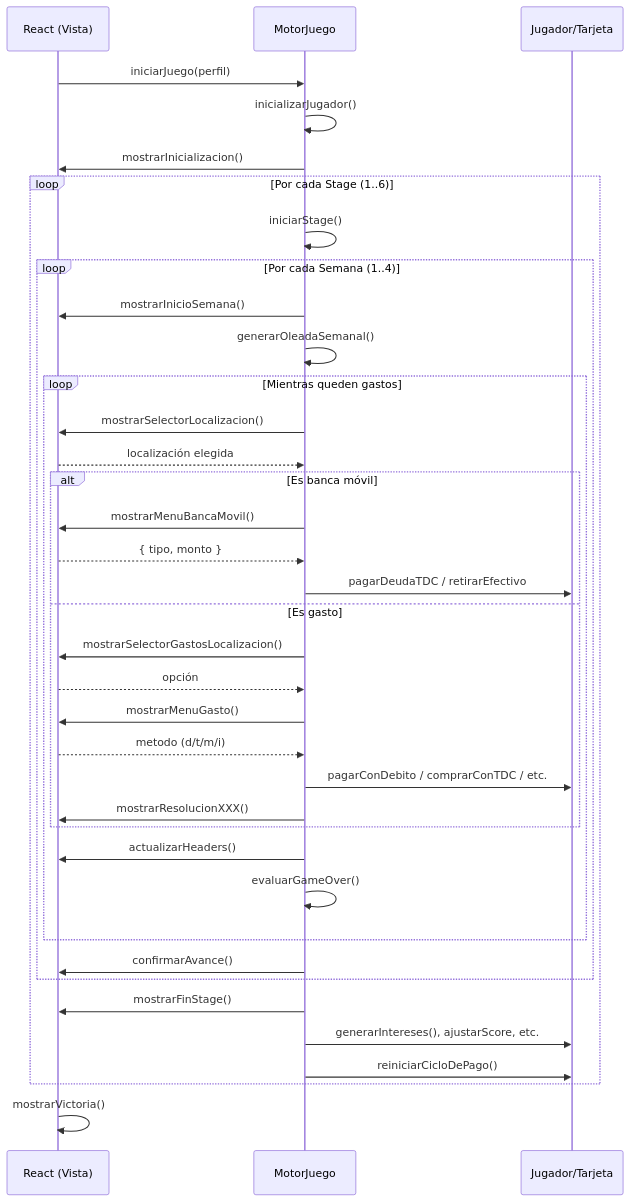
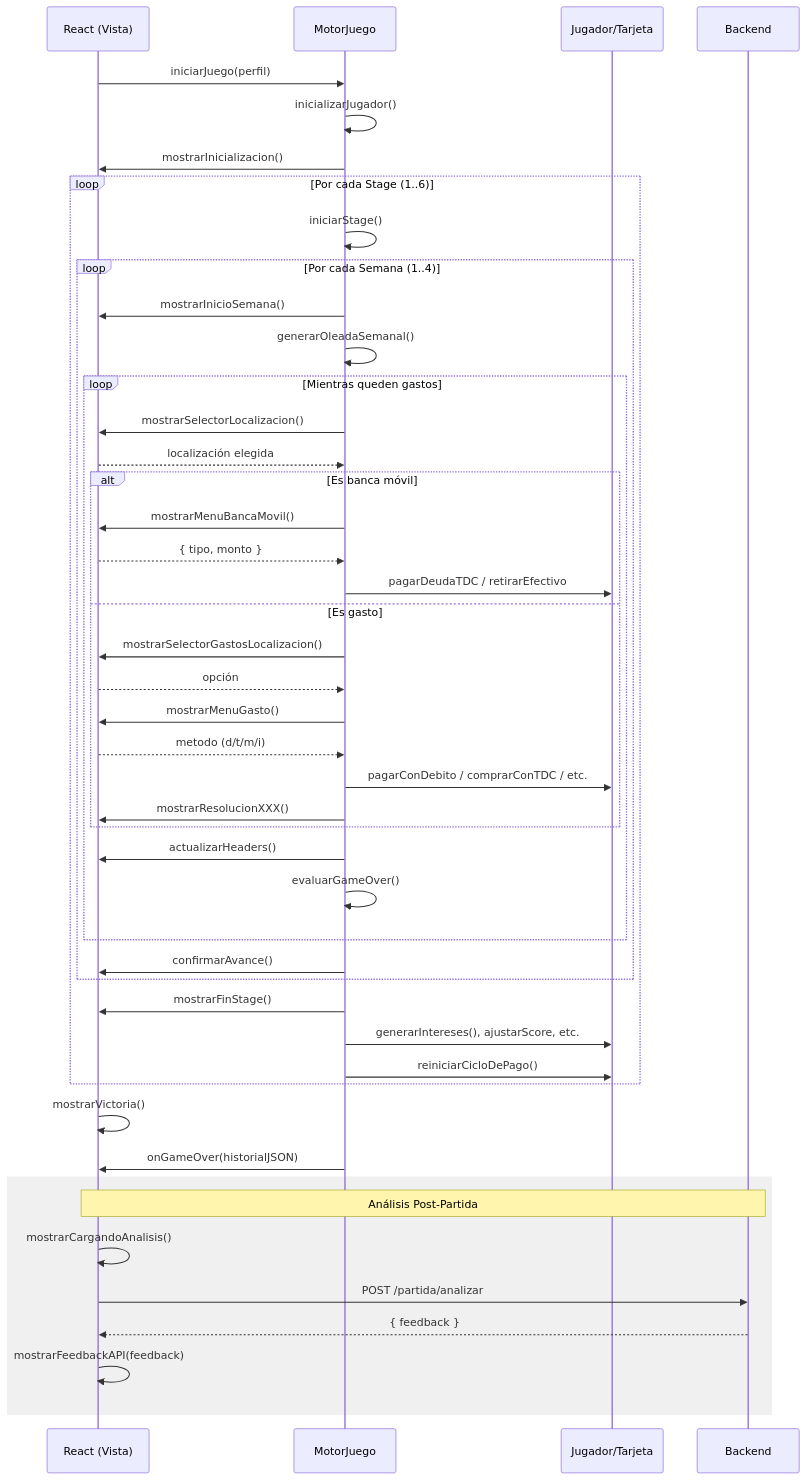
One commit to Omarcillo44/FinaMente changed the second of 2 diagrams in src/core/demo_motor/contexto/informeTecnico.md. Above: the diagram before and after it, drawn with Mermaid. The commit also changed other lines of this file and 6 other files, not shown here.

````diff
--- a/src/core/demo_motor/contexto/informeTecnico.md
+++ b/src/core/demo_motor/contexto/informeTecnico.md
@@ -151,40 +165,48 @@
 ```mermaid
 sequenceDiagram
     participant React as React (Vista)
     participant Motor as MotorJuego
     participant Logica as Jugador/Tarjeta
 
     React->>Motor: iniciarJuego(perfil)
     Motor->>Motor: inicializarJugador()
     Motor->>React: mostrarInicializacion()
     loop Por cada Stage (1..6)
         Motor->>Motor: iniciarStage()
         loop Por cada Semana (1..4)
             Motor->>React: mostrarInicioSemana()
             Motor->>Motor: generarOleadaSemanal()
             loop Mientras queden gastos
                 Motor->>React: mostrarSelectorLocalizacion()
                 React-->>Motor: localización elegida
                 alt Es banca móvil
                     Motor->>React: mostrarMenuBancaMovil()
                     React-->>Motor: { tipo, monto }
                     Motor->>Logica: pagarDeudaTDC / retirarEfectivo
                 else Es gasto
                     Motor->>React: mostrarSelectorGastosLocalizacion()
                     React-->>Motor: opción
                     Motor->>React: mostrarMenuGasto()
                     React-->>Motor: metodo (d/t/m/i)
                     Motor->>Logica: pagarConDebito / comprarConTDC / etc.
                     Motor->>React: mostrarResolucionXXX()
                 end
                 Motor->>React: actualizarHeaders()
                 Motor->>Motor: evaluarGameOver()
             end
             Motor->>React: confirmarAvance()
         end
         Motor->>React: mostrarFinStage()
         Motor->>Logica: generarIntereses(), ajustarScore, etc.
         Motor->>Logica: reiniciarCicloDePago()
     end
     React->>React: mostrarVictoria()
+    Motor->>React: onGameOver(historialJSON)
+    rect rgb(240, 240, 240)
+    Note over React, Backend: Análisis Post-Partida
+    React->>React: mostrarCargandoAnalisis()
+    React->>Backend: POST /partida/analizar
+    Backend-->>React: { feedback }
+    React->>React: mostrarFeedbackAPI(feedback)
+    end
 ```
````
